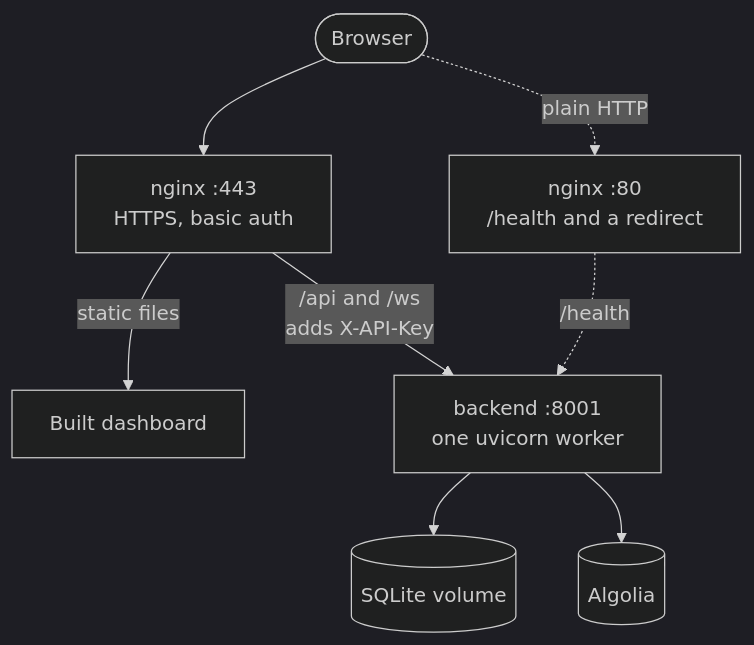
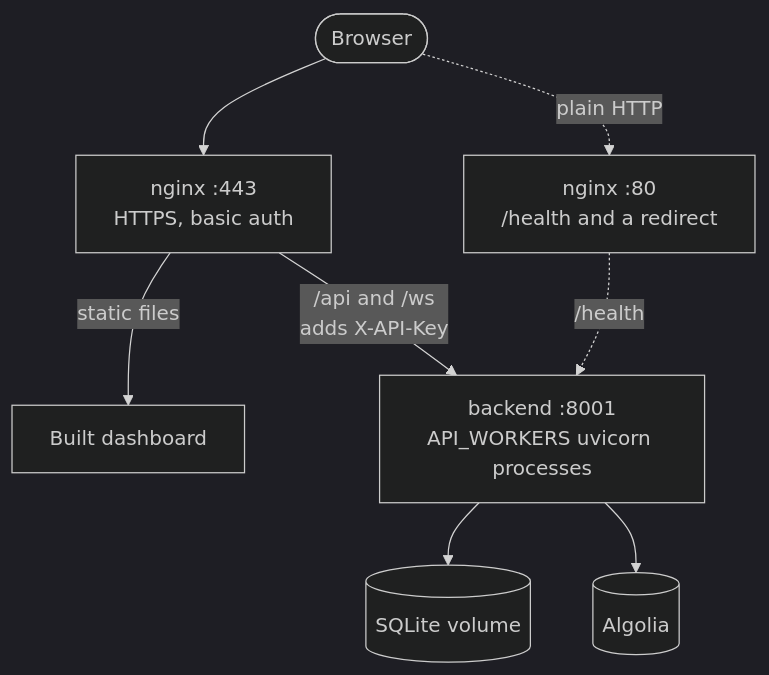
One commit to ntanwir10/codesage-algolia-challenge changed the diagram in deployment/DOCKER.md. Above: the diagram before and after it, drawn with Mermaid (dark theme). The commit also changed other lines of this file and 3 other files, not shown here.

First line of the commit message:
Docs: more than one API process replaces the one-process limitation

````diff
--- a/deployment/DOCKER.md
+++ b/deployment/DOCKER.md
@@ -86,10 +86,10 @@
 ```mermaid
 flowchart TB
     browser(["Browser"]) --> https["nginx :443<br/>HTTPS, basic auth"]
     https -- "static files" --> spa["Built dashboard"]
-    https -- "/api and /ws<br/>adds X-API-Key" --> backend["backend :8001<br/>one uvicorn worker"]
+    https -- "/api and /ws<br/>adds X-API-Key" --> backend["backend :8001<br/>API_WORKERS uvicorn processes"]
     backend --> db[("SQLite volume")]
     backend --> algolia[("Algolia")]
     browser -. "plain HTTP" .-> http["nginx :80<br/>/health and a redirect"]
     http -. "/health" .-> backend
 ```
````
